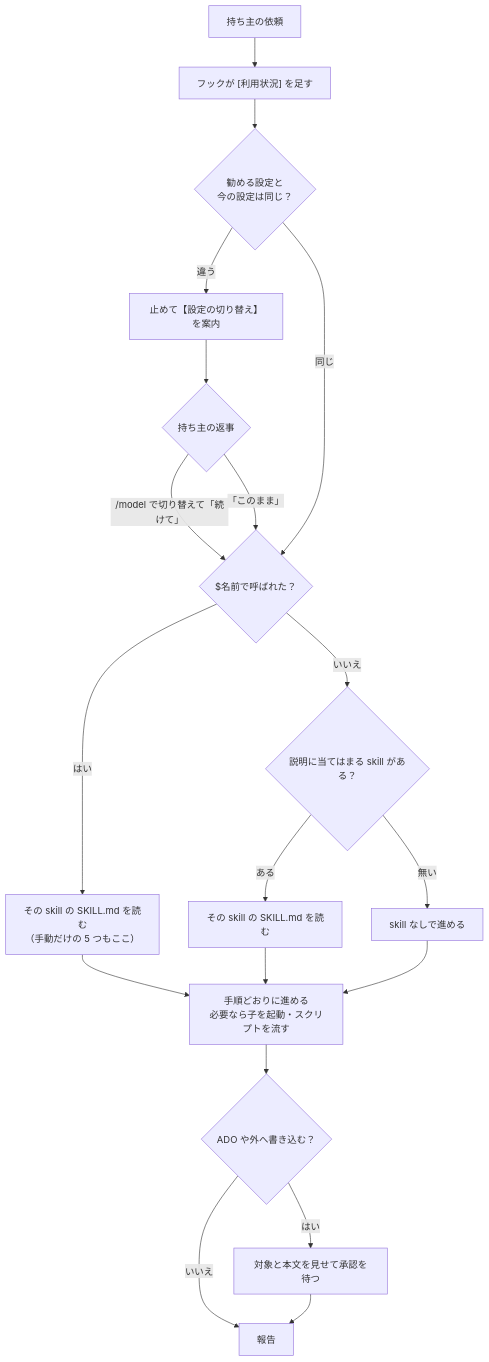
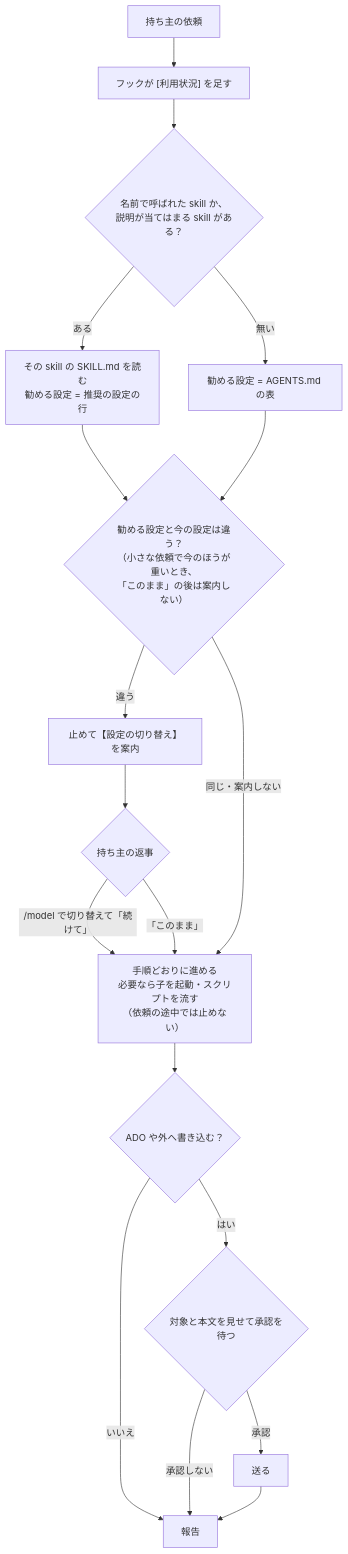
Before and after one commit to iroha924/dev-com: the second of 6 diagrams in README.md, drawn with Mermaid. The commit also changed other lines of this file and 1 other file, not shown here.

Commit message:
docs: 図と本文を実装に合わせ、Unblock-File を自分の skill だけにかける（レビューの指摘）

````diff
--- a/README.md
+++ b/README.md
@@ -72,21 +74,20 @@
 ```mermaid
 flowchart TD
     req["持ち主の依頼"] --> hk["フックが [利用状況] を足す"]
-    hk --> cmp{"勧める設定と<br/>今の設定は同じ？"}
+    hk --> pick{"名前で呼ばれた skill か、<br/>説明が当てはまる skill がある？"}
+    pick -- "ある" --> skill["その skill の SKILL.md を読む<br/>勧める設定 = 推奨の設定の行"]
+    pick -- "無い" --> plain["勧める設定 = AGENTS.md の表"]
+    skill --> cmp{"勧める設定と今の設定は違う？<br/>（小さな依頼で今のほうが重いとき、<br/>「このまま」の後は案内しない）"}
+    plain --> cmp
     cmp -- "違う" --> stop["止めて【設定の切り替え】を案内"]
     stop --> ans{"持ち主の返事"}
-    ans -- "/model で切り替えて「続けて」" --> pick
-    ans -- "「このまま」" --> pick
-    cmp -- "同じ" --> pick{"$名前で呼ばれた？"}
-    pick -- "はい" --> manual["その skill の SKILL.md を読む<br/>（手動だけの 5 つもここ）"]
-    pick -- "いいえ" --> auto{"説明に当てはまる skill がある？"}
-    auto -- "ある" --> skill["その skill の SKILL.md を読む"]
-    auto -- "無い" --> plain["skill なしで進める"]
-    manual --> work["手順どおりに進める<br/>必要なら子を起動・スクリプトを流す"]
-    skill --> work
-    plain --> work
+    ans -- "/model で切り替えて「続けて」" --> work
+    ans -- "「このまま」" --> work
+    cmp -- "同じ・案内しない" --> work["手順どおりに進める<br/>必要なら子を起動・スクリプトを流す<br/>（依頼の途中では止めない）"]
     work --> write{"ADO や外へ書き込む？"}
-    write -- "はい" --> appr["対象と本文を見せて承認を待つ"]
     write -- "いいえ" --> done["報告"]
-    appr --> done
+    write -- "はい" --> appr{"対象と本文を見せて承認を待つ"}
+    appr -- "承認" --> send["送る"]
+    appr -- "承認しない" --> done
+    send --> done
 ```
````
